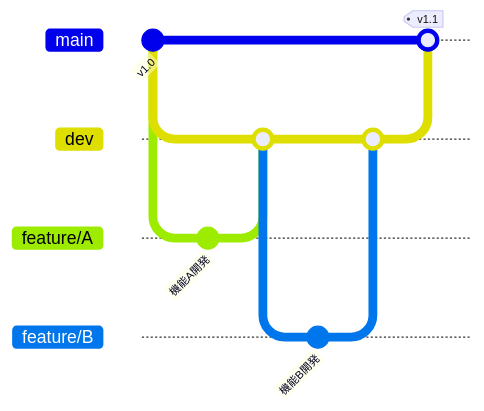
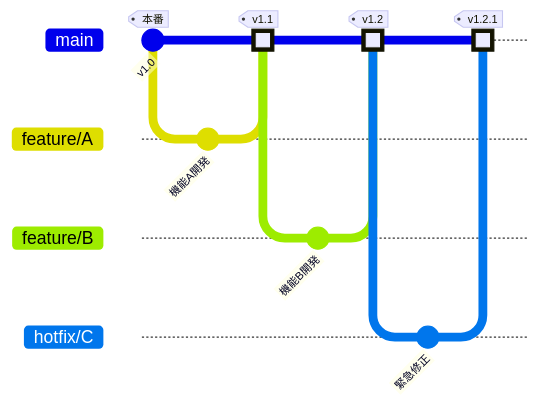
One commit to monokaai/trial_git_feature_flow changed the third of 4 diagrams in README.md. Above: the diagram before and after it, drawn with Mermaid. The commit also changed other lines of this file, not shown here.

First line of the commit message:
docs: Git Feature Flowの正しい定義に書き直し

````diff
--- a/README.md
+++ b/README.md
@@ -130,19 +175,19 @@
 ```mermaid
 gitGraph
-    commit id: "v1.0"
-    branch dev
-    checkout dev
+    commit id: "v1.0" tag: "本番"
 
     branch feature/A
     commit id: "機能A開発"
-    checkout dev
-    merge feature/A
+    checkout main
+    merge feature/A tag: "v1.1" type: HIGHLIGHT
 
     branch feature/B
     commit id: "機能B開発"
-    checkout dev
-    merge feature/B
+    checkout main
+    merge feature/B tag: "v1.2" type: HIGHLIGHT
 
+    branch hotfix/C
+    commit id: "緊急修正"
     checkout main
-    merge dev tag: "v1.1"
+    merge hotfix/C tag: "v1.2.1" type: HIGHLIGHT
 ```
````
